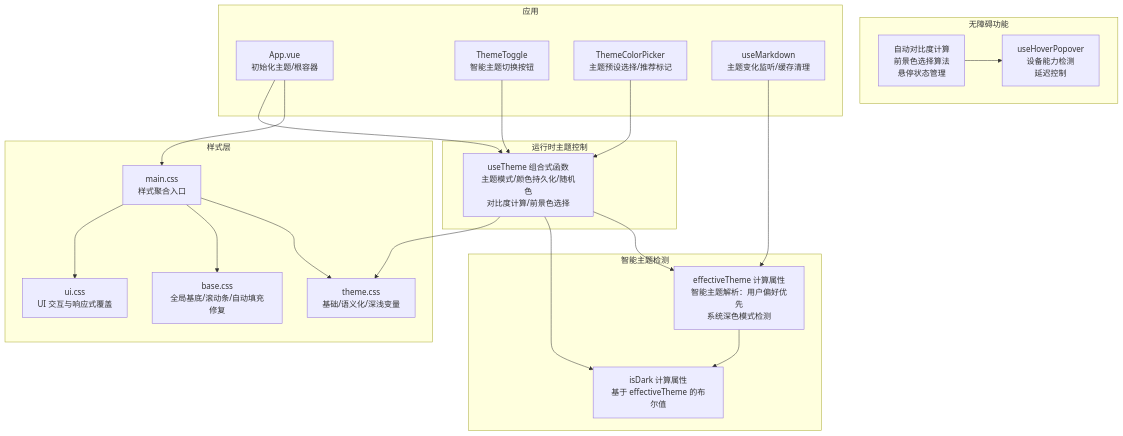
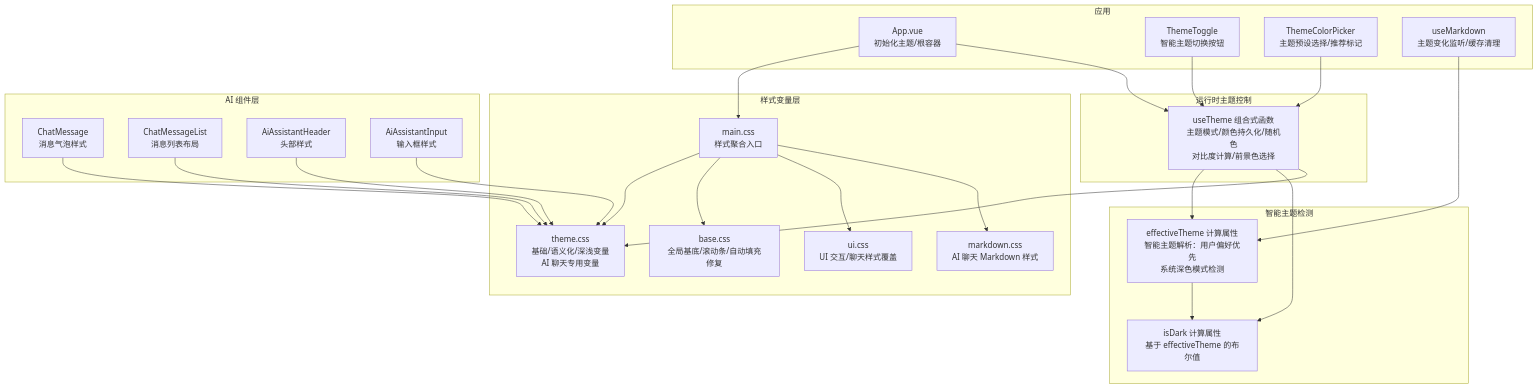
One commit to xixixiaoyu/Todo changed the first of 7 diagrams in .qoder/repowiki/zh/content/前端开发/UI组件库/主题系统.md. Above: the diagram before and after it, drawn with Mermaid. The commit also changed other lines of this file and 6 other files, not shown here.

````diff
--- a/.qoder/repowiki/zh/content/前端开发/UI组件库/主题系统.md
+++ b/.qoder/repowiki/zh/content/前端开发/UI组件库/主题系统.md
@@ -58,39 +63,46 @@
 ```mermaid
 graph TB
 subgraph "智能主题检测"
 ET["effectiveTheme 计算属性<br/>智能主题解析：用户偏好优先<br/>系统深色模式检测"]
 ID["isDark 计算属性<br/>基于 effectiveTheme 的布尔值"]
 end
 subgraph "运行时主题控制"
 UT["useTheme 组合式函数<br/>主题模式/颜色持久化/随机色<br/>对比度计算/前景色选择"]
 end
-subgraph "无障碍功能"
-AC["自动对比度计算<br/>前景色选择算法<br/>悬停状态管理"]
-HP["useHoverPopover<br/>设备能力检测<br/>延迟控制"]
-end
-subgraph "样式层"
-TCSS["theme.css<br/>基础/语义化/深浅变量"]
+subgraph "样式变量层"
+TCSS["theme.css<br/>基础/语义化/深浅变量<br/>AI 聊天专用变量"]
 BCSS["base.css<br/>全局基底/滚动条/自动填充修复"]
 MCSS["main.css<br/>样式聚合入口"]
-UICSS["ui.css<br/>UI 交互与响应式覆盖"]
+UICSS["ui.css<br/>UI 交互/聊天样式覆盖"]
+MDCSS["markdown.css<br/>AI 聊天 Markdown 样式"]
+end
+subgraph "AI 组件层"
+CM["ChatMessage<br/>消息气泡样式"]
+CML["ChatMessageList<br/>消息列表布局"]
+AIH["AiAssistantHeader<br/>头部样式"]
+AII["AiAssistantInput<br/>输入框样式"]
 end
 subgraph "应用"
 APP["App.vue<br/>初始化主题/根容器"]
 TTOGGLE["ThemeToggle<br/>智能主题切换按钮"]
 TCP["ThemeColorPicker<br/>主题预设选择/推荐标记"]
 MD["useMarkdown<br/>主题变化监听/缓存清理"]
 end
 ET --> ID
 UT --> ET
 UT --> ID
-AC --> HP
 UT --> TCSS
+CM --> TCSS
+CML --> TCSS
+AIH --> TCSS
+AII --> TCSS
 TTOGGLE --> UT
 TCP --> UT
 MD --> ET
 APP --> MCSS
 MCSS --> TCSS
 MCSS --> BCSS
 MCSS --> UICSS
+MCSS --> MDCSS
 APP --> UT
 ```
````
